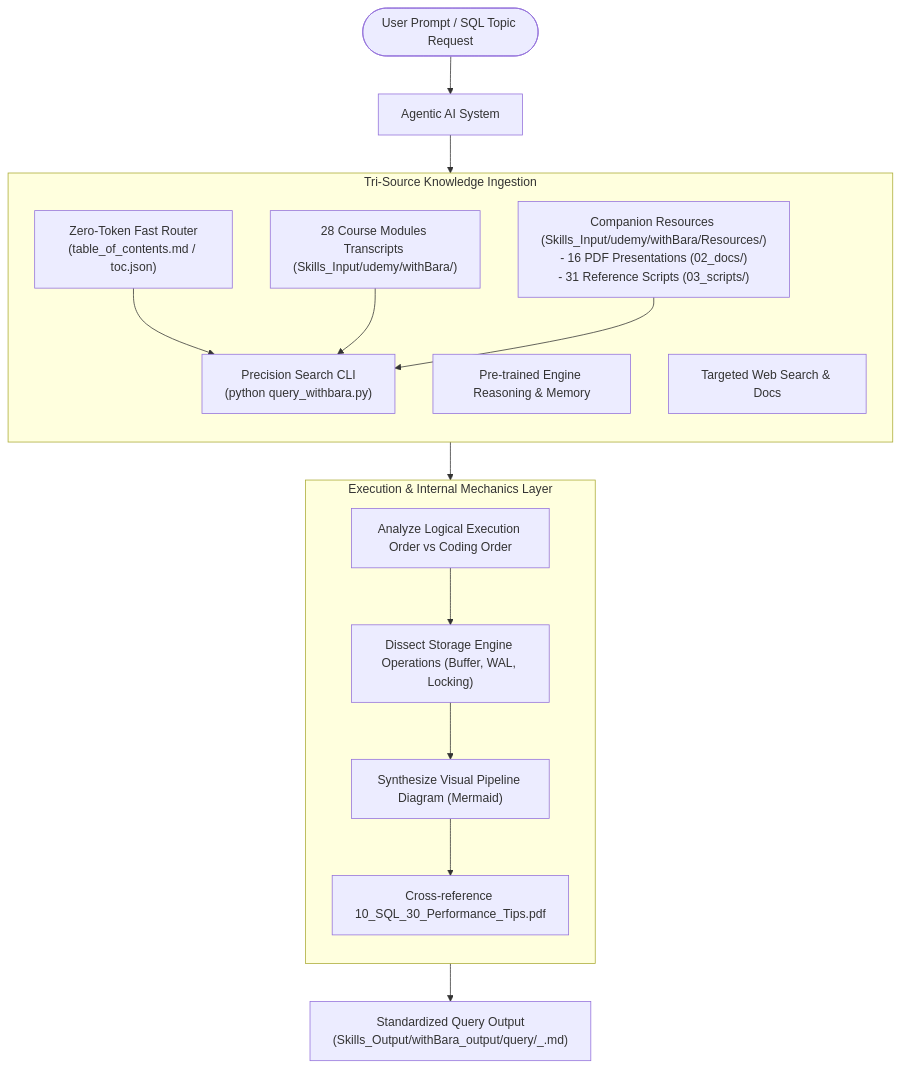
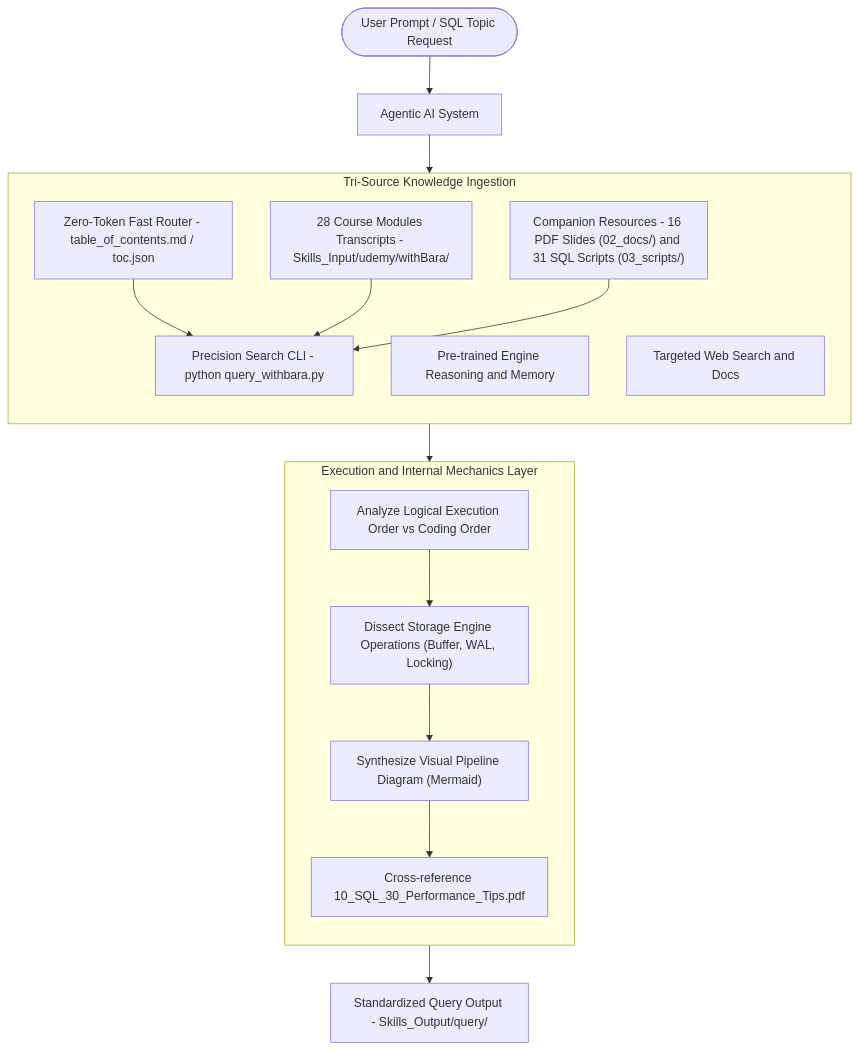
One commit to AkmKawser/Database-Management-System changed the diagram in .agent/skills/SkillsOnFixedResources/withBara/SkillArchitecture/withBara_Architecture_README.md. Above: the diagram before and after it, drawn with Mermaid. The commit also changed 11 other files, not shown here.

Commit message:
Fix Mermaid got PS parser error by double-quoting all node labels, upgrade audit_rendering.py, and codify global source attribution & simplification rules

````diff
--- a/.agent/skills/SkillsOnFixedResources/withBara/SkillArchitecture/withBara_Architecture_README.md
+++ b/.agent/skills/SkillsOnFixedResources/withBara/SkillArchitecture/withBara_Architecture_README.md
@@ -11,34 +11,34 @@
 ```mermaid
 flowchart TD
-    User([User Prompt / SQL Topic Request]) --> Agent[Agentic AI System]
+    User(["User Prompt / SQL Topic Request"]) --> Agent["Agentic AI System"]
     
     subgraph KnowledgeSources["Tri-Source Knowledge Ingestion"]
         direction TB
-        Transcripts["28 Course Modules Transcripts (Skills_Input/udemy/withBara/)"]
-        CompanionResources["Companion Resources (Skills_Input/udemy/withBara/Resources/)<br/>- 16 PDF Presentations (02_docs/)<br/>- 31 Reference Scripts (03_scripts/)"]
-        Router["Zero-Token Fast Router<br/>(table_of_contents.md / toc.json)"]
-        CLISearch["Precision Search CLI<br/>(python query_withbara.py)"]
+        Transcripts["28 Course Modules Transcripts - Skills_Input/udemy/withBara/"]
+        CompanionResources["Companion Resources - 16 PDF Slides (02_docs/) and 31 SQL Scripts (03_scripts/)"]
+        Router["Zero-Token Fast Router - table_of_contents.md / toc.json"]
+        CLISearch["Precision Search CLI - python query_withbara.py"]
         
         Router --> CLISearch
         Transcripts --> CLISearch
         CompanionResources --> CLISearch
         
-        LLM["Pre-trained Engine Reasoning & Memory"]
-        Web["Targeted Web Search & Docs"]
+        LLM["Pre-trained Engine Reasoning and Memory"]
+        Web["Targeted Web Search and Docs"]
     end
     
     Agent --> KnowledgeSources
     
-    subgraph ExecutionAnalysis["Execution & Internal Mechanics Layer"]
+    subgraph ExecutionAnalysis["Execution and Internal Mechanics Layer"]
         direction TB
         Step1["Analyze Logical Execution Order vs Coding Order"]
         Step2["Dissect Storage Engine Operations (Buffer, WAL, Locking)"]
         Step3["Synthesize Visual Pipeline Diagram (Mermaid)"]
         Step4["Cross-reference 10_SQL_30_Performance_Tips.pdf"]
         Step1 --> Step2 --> Step3 --> Step4
     end
     
     KnowledgeSources --> ExecutionAnalysis
     
-    ExecutionAnalysis --> Output["Standardized Query Output<br/>(Skills_Output/withBara_output/query/<NNN>_<topic>.md)"]
+    ExecutionAnalysis --> Output["Standardized Query Output - Skills_Output/query/"]
 ```
````
